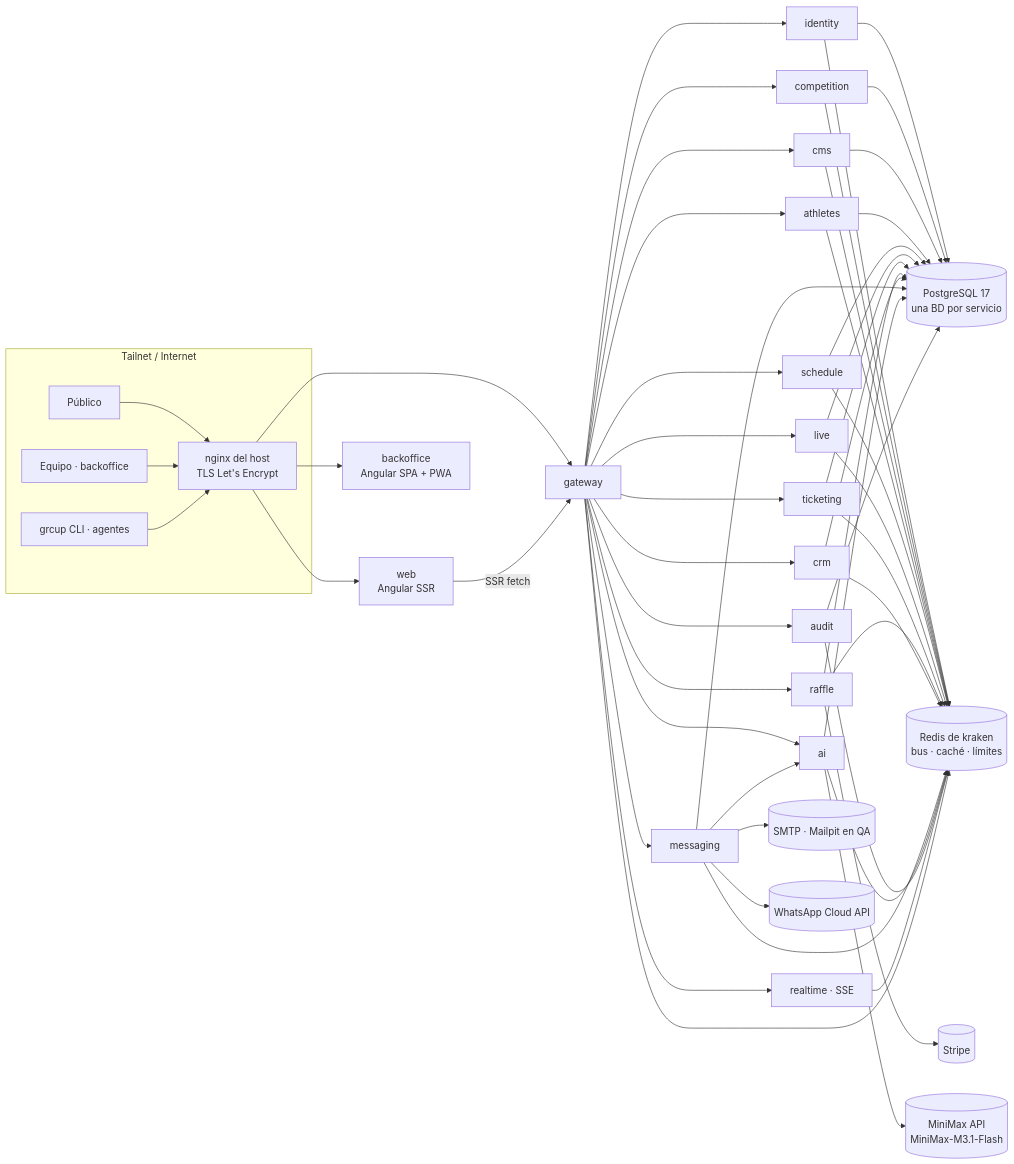
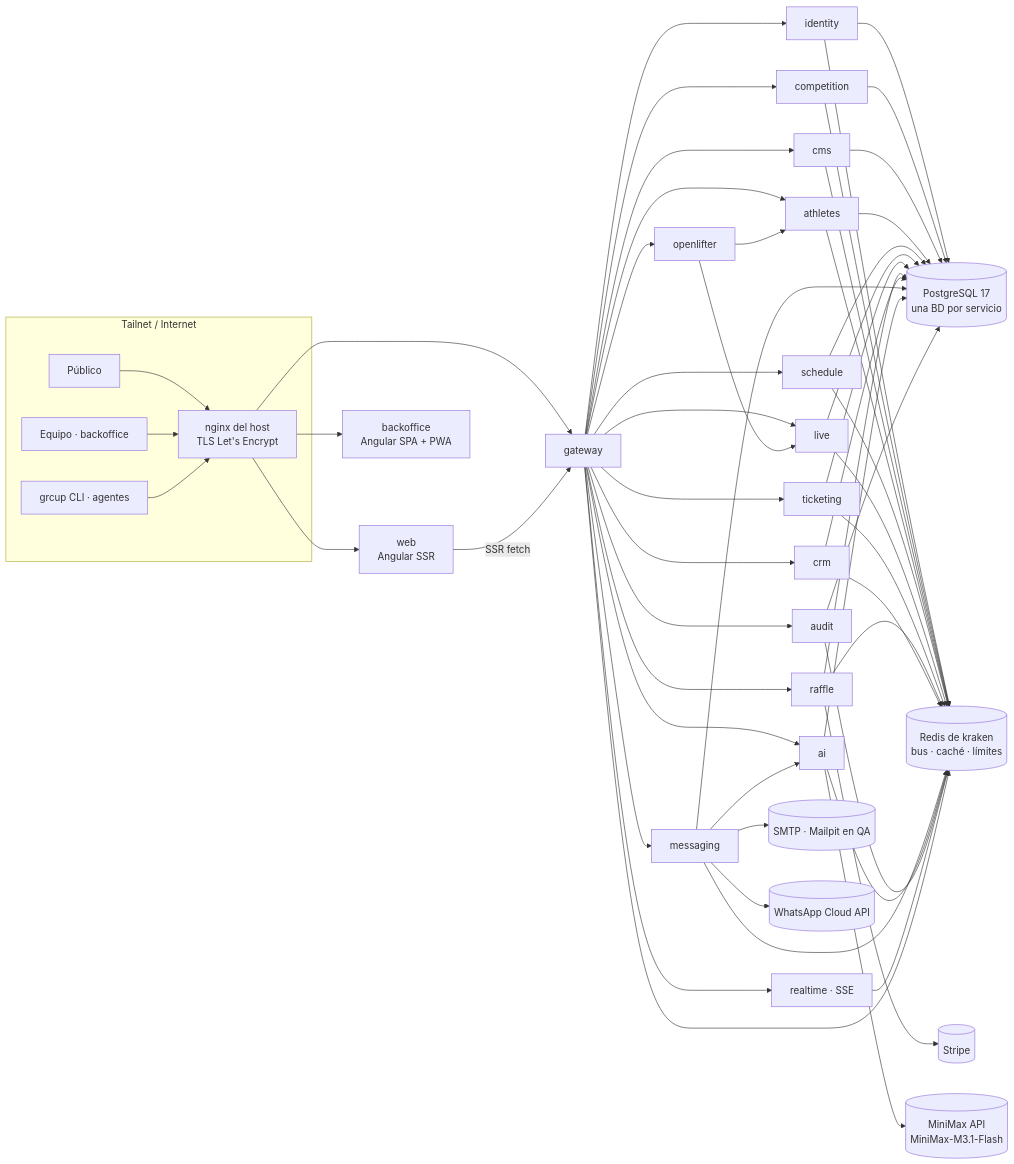
One commit to jaivial/grweb changed the first of 2 diagrams in platform/docs/ARQUITECTURA.md. Above: the diagram before and after it, drawn with Mermaid. The commit also changed other lines of this file and 24 other files, not shown here.

````diff
--- a/platform/docs/ARQUITECTURA.md
+++ b/platform/docs/ARQUITECTURA.md
@@ -13,32 +13,35 @@
 ```mermaid
 flowchart LR
   subgraph Tailnet / Internet
     U[Público] --> NX
     S[Equipo · backoffice] --> NX
     CLI[grcup CLI · agentes] --> NX
   end
   NX[nginx del host<br>TLS Let's Encrypt] --> WEB[web<br>Angular SSR]
   NX --> BO[backoffice<br>Angular SPA + PWA]
   NX --> GW[gateway]
   WEB -->|SSR fetch| GW
   GW --> ID[identity]
   GW --> CO[competition]
   GW --> CMS[cms]
   GW --> AT[athletes]
   GW --> SC[schedule]
   GW --> LV[live]
+  GW --> OL[openlifter]
+  OL --> AT
+  OL --> LV
   GW --> TK[ticketing]
   GW --> RF[raffle]
   GW --> CRM[crm]
   GW --> MSG[messaging]
   GW --> AI[ai]
   GW --> RT[realtime · SSE]
   GW --> AU[audit]
   MSG --> AI
   AI --> MM[(MiniMax API<br>MiniMax-M3.1-Flash)]
   MSG --> SMTP[(SMTP · Mailpit en QA)]
   MSG --> WA[(WhatsApp Cloud API)]
   RF --> ST[(Stripe)]
   ID & CO & CMS & AT & SC & LV & TK & RF & CRM & MSG & AI & AU --> PG[(PostgreSQL 17<br>una BD por servicio)]
   ID & CO & CMS & AT & SC & LV & TK & RF & CRM & MSG & AI & AU & RT & GW --> RD[(Redis de kraken<br>bus · caché · límites)]
 ```
````
